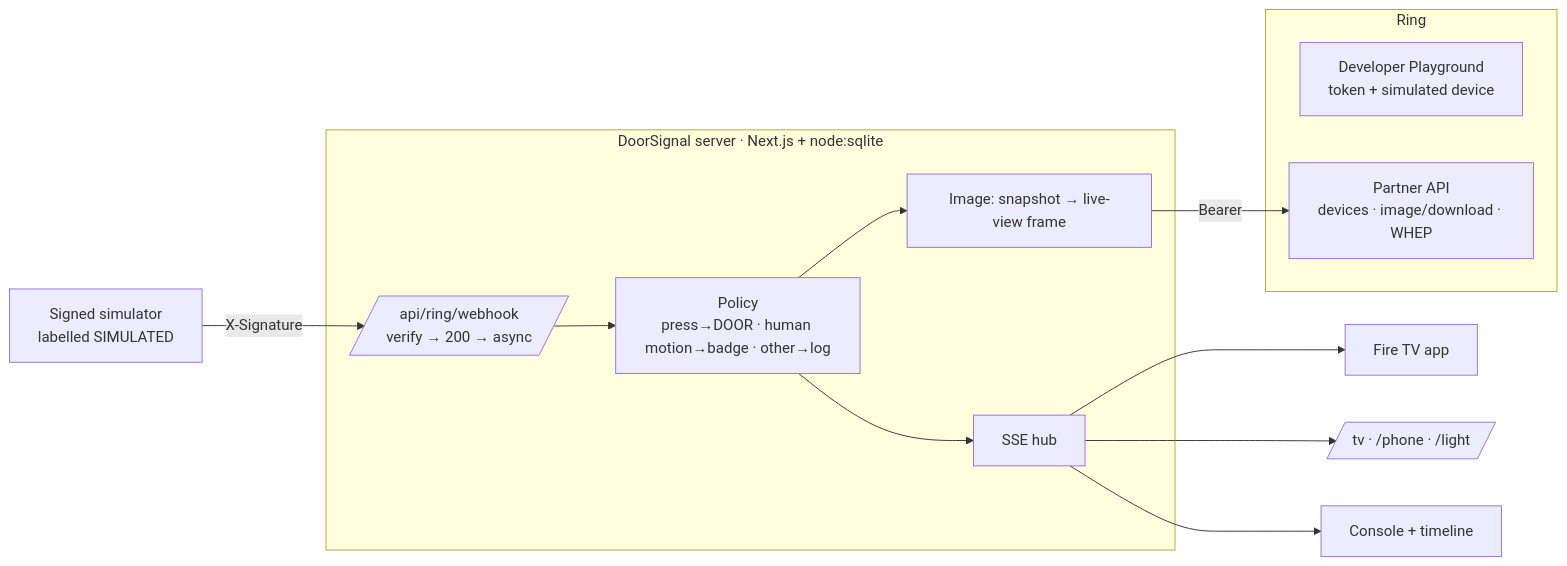
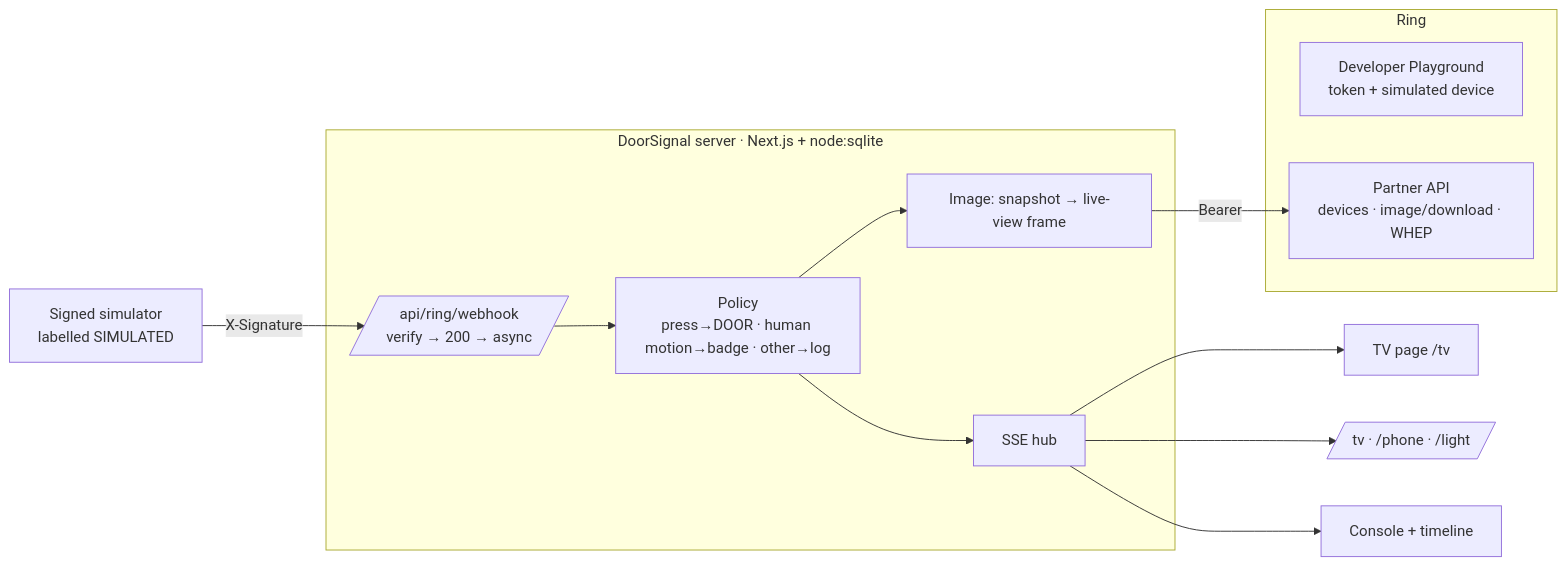
One commit to bhavya-jpg/AMAZ changed the diagram in README.md. Above: the diagram before and after it, drawn with Mermaid. The commit also changed other lines of this file and 1 other file, not shown here.

Commit message:
Docs/UI: remove remaining Fire TV app references from the main flow
Claude-Session: https://claude.ai/code/session_01TwMoXXDhFQYmrL5qF11j4W

````diff
--- a/README.md
+++ b/README.md
@@ -61,17 +61,17 @@
 ```mermaid
 flowchart LR
   subgraph Ring
     PG[Developer Playground<br/>token + simulated device]
     API[Partner API<br/>devices · image/download · WHEP]
   end
   SIM[Signed simulator<br/>labelled SIMULATED] -- X-Signature --> W
   subgraph Server[DoorSignal server · Next.js + node:sqlite]
     W[/api/ring/webhook<br/>verify → 200 → async/] --> P[Policy<br/>press→DOOR · human motion→badge · other→log]
     P --> R[SSE hub] 
     P --> M[Image: snapshot → live-view frame]
     M -- Bearer --> API
   end
-  R --> TV[Fire TV app]
+  R --> TV[TV page /tv]
   R --> WEB[/tv · /phone · /light/]
   R --> CON[Console + timeline]
 ```
````
